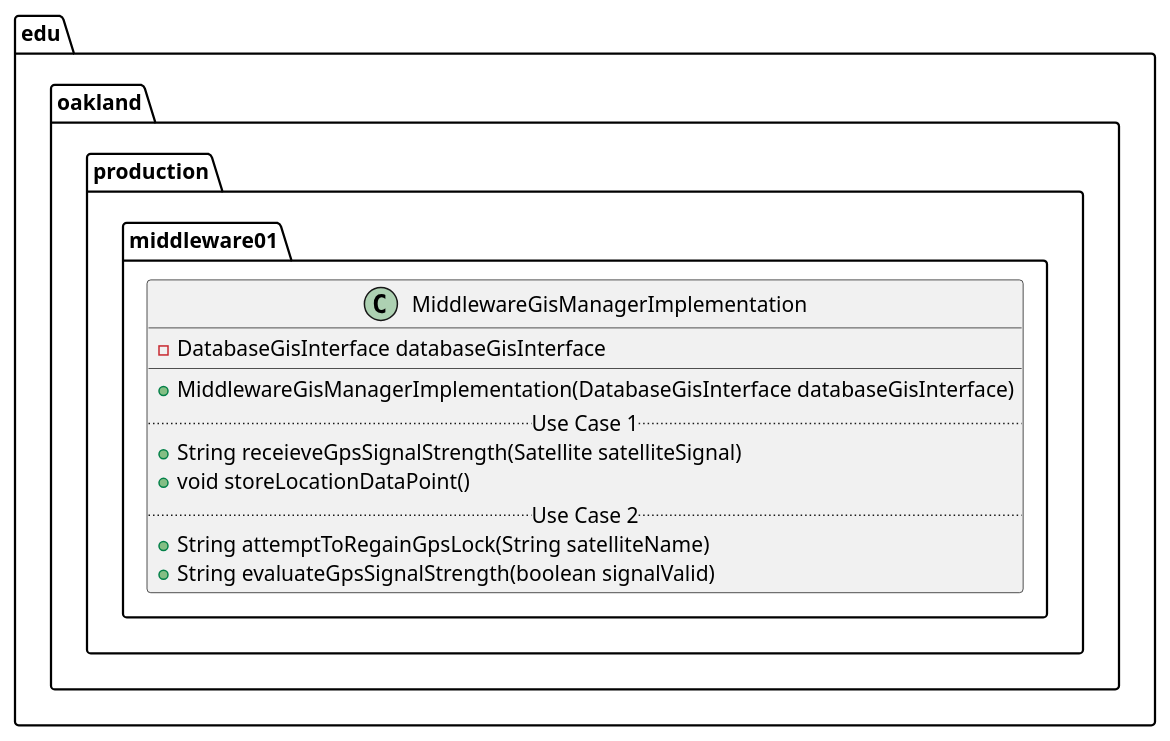
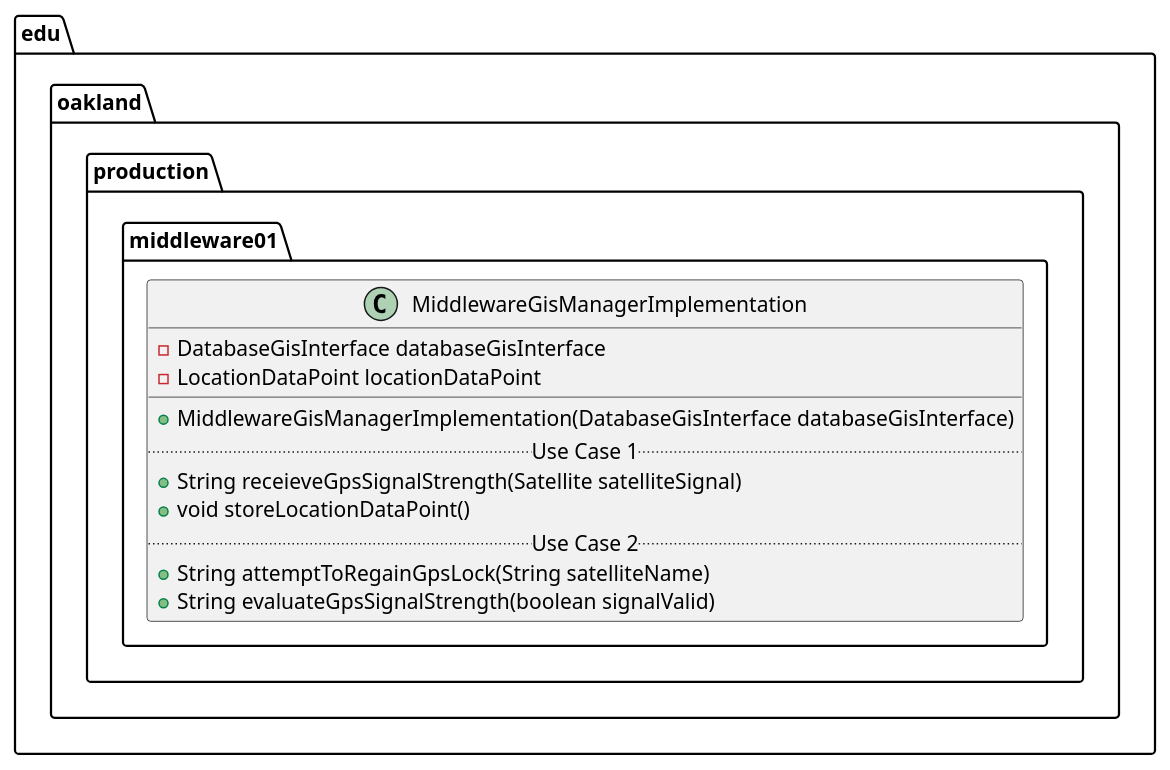
Before and after one commit to andrewdimmer/csi-3370-software-project: the diagram in docs/uml-class-diagrams/middleware01/production/MiddlewareGisManagerImplementation/MiddlewareGisManagerImplementation.puml, drawn with PlantUML.

```diff
--- a/docs/uml-class-diagrams/middleware01/production/MiddlewareGisManagerImplementation/MiddlewareGisManagerImplementation.puml
+++ b/docs/uml-class-diagrams/middleware01/production/MiddlewareGisManagerImplementation/MiddlewareGisManagerImplementation.puml
@@ -1,17 +1,18 @@
 @startuml MiddlewareGisManagerImplementation
 
 package edu.oakland.production.middleware01 {
     class MiddlewareGisManagerImplementation {
         - DatabaseGisInterface databaseGisInterface
+        - LocationDataPoint locationDataPoint
         __
         + MiddlewareGisManagerImplementation(DatabaseGisInterface databaseGisInterface)
         .. Use Case 1 ..
         + String receieveGpsSignalStrength(Satellite satelliteSignal)
         + void storeLocationDataPoint()
         .. Use Case 2 ..
         + String attemptToRegainGpsLock(String satelliteName)
         + String evaluateGpsSignalStrength(boolean signalValid)
     }
 }
 
 @enduml
```
